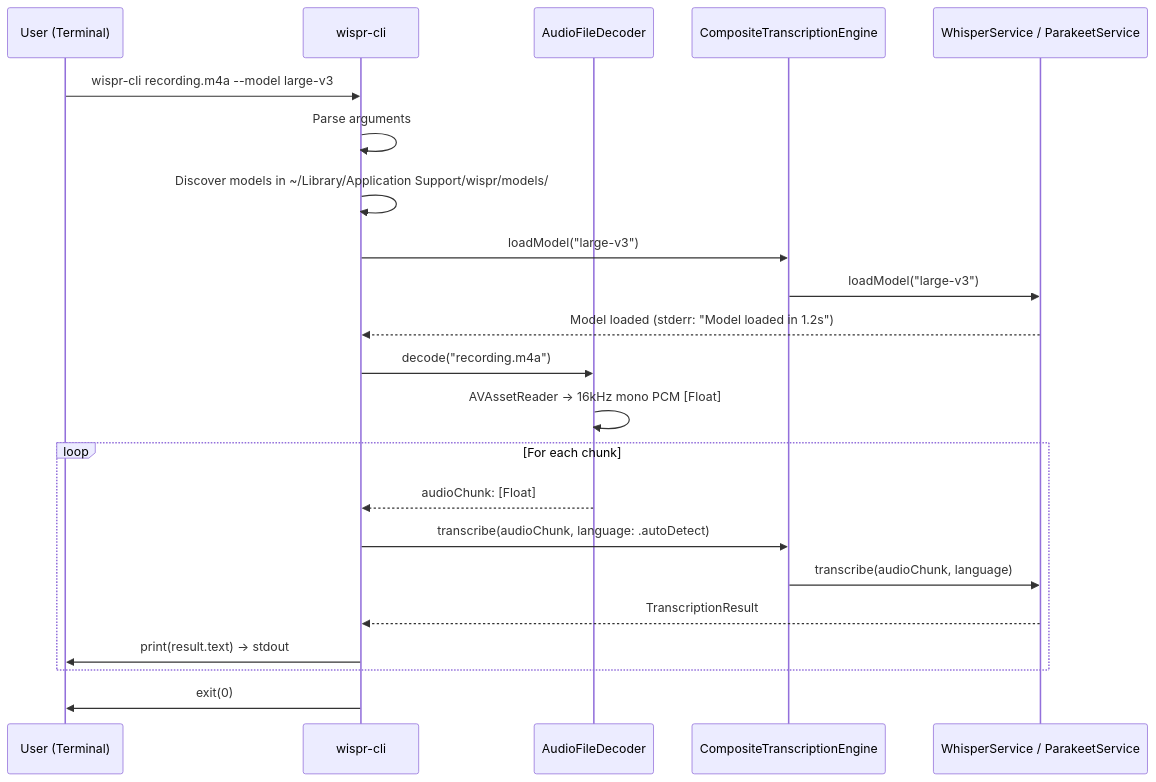
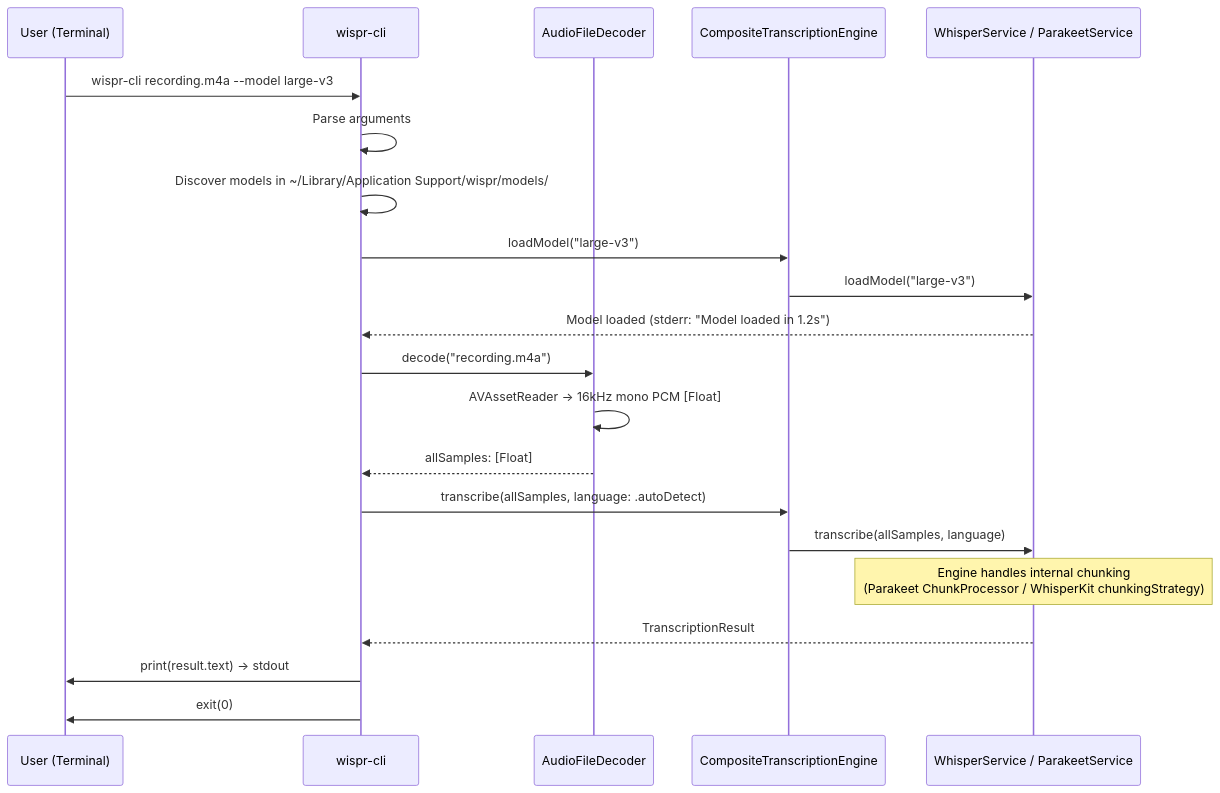
One commit to sebsto/wispr changed the second of 2 diagrams in .kiro/specs/cli-tool/design.md. Above: the diagram before and after it, drawn with Mermaid. The commit also changed other lines of this file and 6 other files, not shown here.

````diff
--- a/.kiro/specs/cli-tool/design.md
+++ b/.kiro/specs/cli-tool/design.md
@@ -133,28 +133,27 @@
 ```mermaid
 sequenceDiagram
     participant U as User (Terminal)
     participant CLI as wispr-cli
     participant AFD as AudioFileDecoder
     participant CTE as CompositeTranscriptionEngine
     participant E as WhisperService / ParakeetService
 
     U->>CLI: wispr-cli recording.m4a --model large-v3
     CLI->>CLI: Parse arguments
     CLI->>CLI: Discover models in ~/Library/Application Support/wispr/models/
     CLI->>CTE: loadModel("large-v3")
     CTE->>E: loadModel("large-v3")
     E-->>CLI: Model loaded (stderr: "Model loaded in 1.2s")
 
     CLI->>AFD: decode("recording.m4a")
     AFD->>AFD: AVAssetReader → 16kHz mono PCM [Float]
+    AFD-->>CLI: allSamples: [Float]
 
-    loop For each chunk
-        AFD-->>CLI: audioChunk: [Float]
-        CLI->>CTE: transcribe(audioChunk, language: .autoDetect)
-        CTE->>E: transcribe(audioChunk, language)
-        E-->>CLI: TranscriptionResult
-        CLI->>U: print(result.text) → stdout
-    end
+    CLI->>CTE: transcribe(allSamples, language: .autoDetect)
+    CTE->>E: transcribe(allSamples, language)
+    Note over E: Engine handles internal chunking<br/>(Parakeet ChunkProcessor / WhisperKit chunkingStrategy)
+    E-->>CLI: TranscriptionResult
 
+    CLI->>U: print(result.text) → stdout
     CLI->>U: exit(0)
 ```
````
